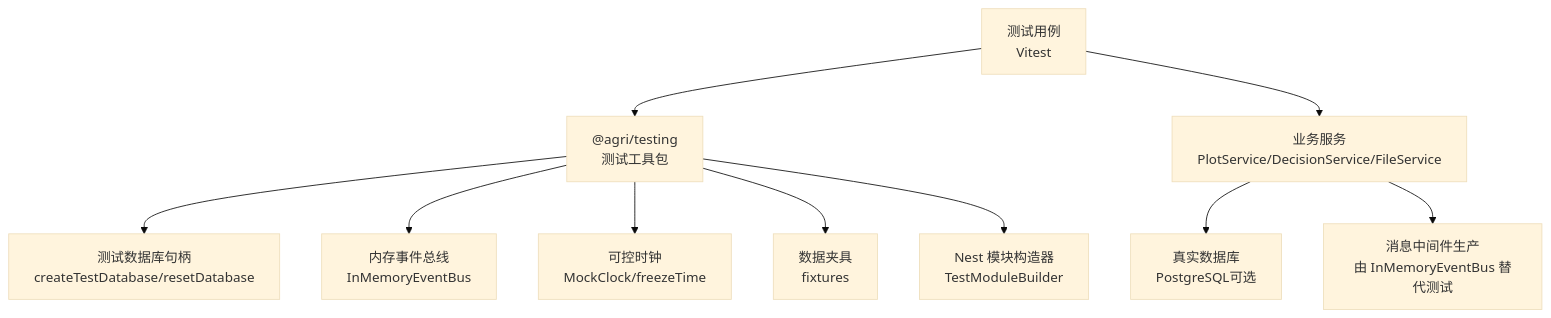
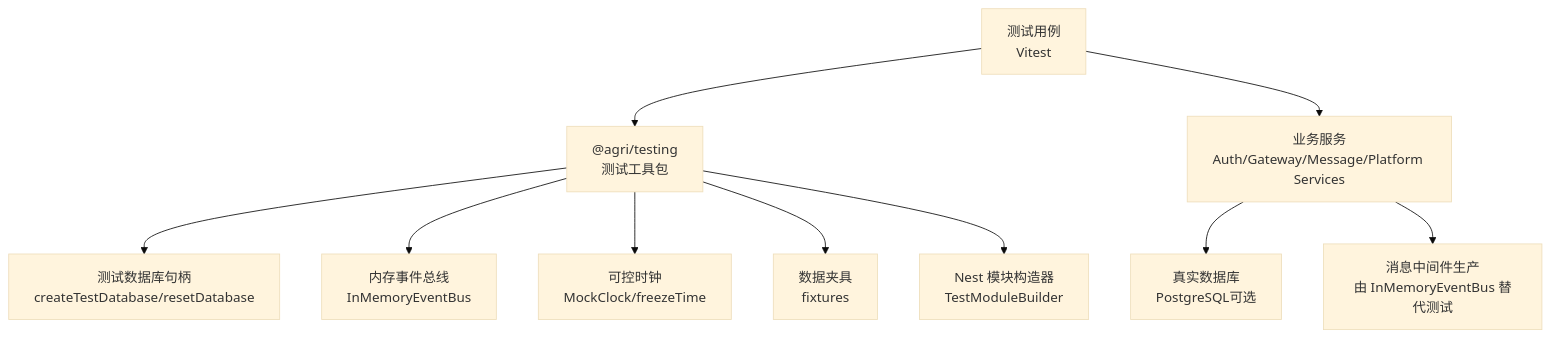
One commit to q446328246/agri-platform changed the second of 16 diagrams in .qoder/repowiki/zh/content/测试策略/测试策略.md. Above: the diagram before and after it, drawn with Mermaid (base theme). The commit also changed other lines of this file and 84 other files, not shown here.

````diff
--- a/.qoder/repowiki/zh/content/测试策略/测试策略.md
+++ b/.qoder/repowiki/zh/content/测试策略/测试策略.md
@@ -96,12 +126,12 @@
 ```mermaid
 graph TB
 Test["测试用例<br/>Vitest"] --> Tools["@agri/testing<br/>测试工具包"]
 Tools --> DBH["测试数据库句柄<br/>createTestDatabase/resetDatabase"]
 Tools --> Bus["内存事件总线<br/>InMemoryEventBus"]
 Tools --> Clock["可控时钟<br/>MockClock/freezeTime"]
 Tools --> Fixtures["数据夹具<br/>fixtures"]
 Tools --> ModuleBuilder["Nest 模块构造器<br/>TestModuleBuilder"]
-Test --> Service["业务服务<br/>PlotService/DecisionService/FileService"]
+Test --> Service["业务服务<br/>Auth/Gateway/Message/Platform Services"]
 Service --> RealDB["真实数据库<br/>PostgreSQL可选"]
 Service --> MQ["消息中间件生产<br/>由 InMemoryEventBus 替代测试"]
 ```
````
